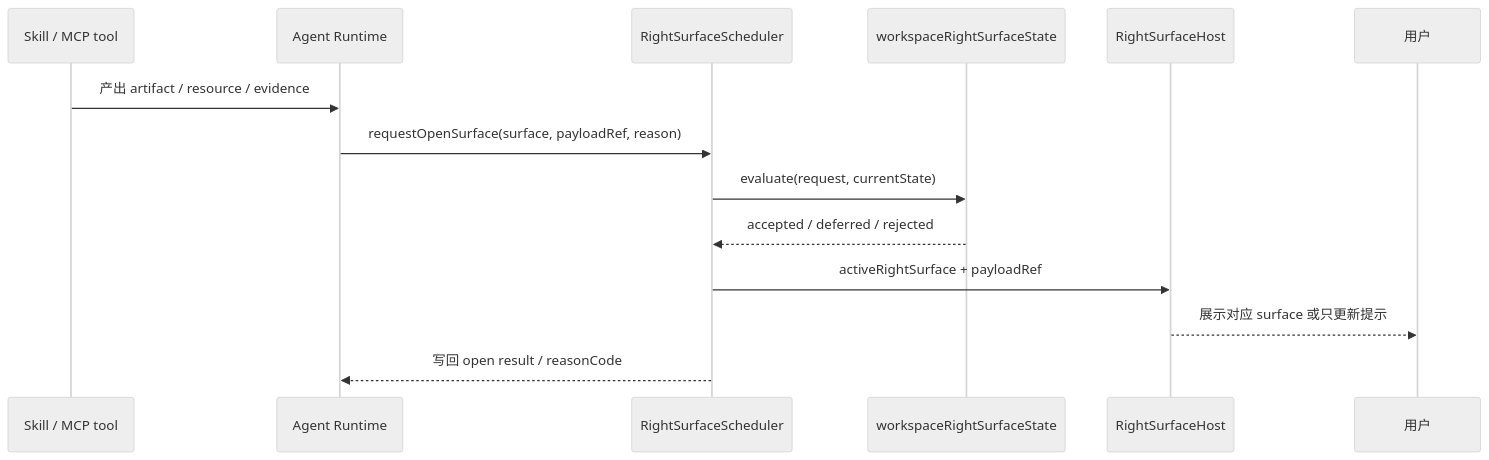
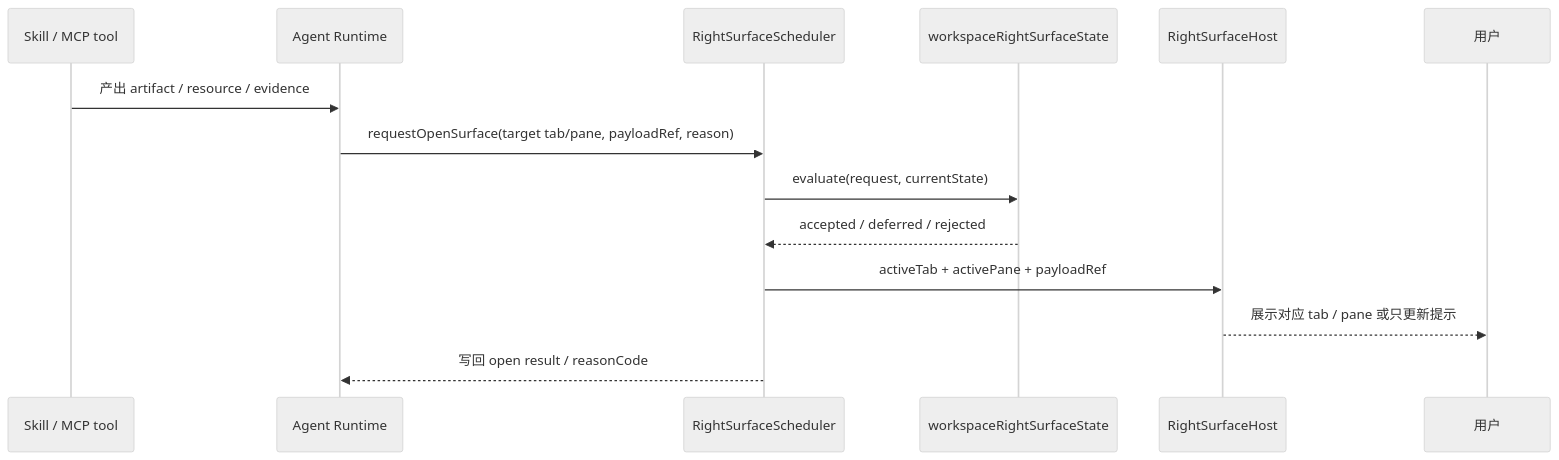
One commit to jiujuan/lime changed the seventh of 11 diagrams in internal/roadmap/rightsurface/README.md. Above: the diagram before and after it, drawn with Mermaid (neutral theme). The commit also changed other lines of this file and 377 other files, not shown here.

````diff
--- a/internal/roadmap/rightsurface/README.md
+++ b/internal/roadmap/rightsurface/README.md
@@ -976,17 +1039,17 @@
 ```mermaid
 sequenceDiagram
   participant Tool as Skill / MCP tool
   participant Runtime as Agent Runtime
   participant Scheduler as RightSurfaceScheduler
   participant Reducer as workspaceRightSurfaceState
   participant UI as RightSurfaceHost
   participant User as 用户
 
   Tool->>Runtime: 产出 artifact / resource / evidence
-  Runtime->>Scheduler: requestOpenSurface(surface, payloadRef, reason)
+  Runtime->>Scheduler: requestOpenSurface(target tab/pane, payloadRef, reason)
   Scheduler->>Reducer: evaluate(request, currentState)
   Reducer-->>Scheduler: accepted / deferred / rejected
-  Scheduler->>UI: activeRightSurface + payloadRef
-  UI-->>User: 展示对应 surface 或只更新提示
+  Scheduler->>UI: activeTab + activePane + payloadRef
+  UI-->>User: 展示对应 tab / pane 或只更新提示
   Scheduler-->>Runtime: 写回 open result / reasonCode
 ```
````
